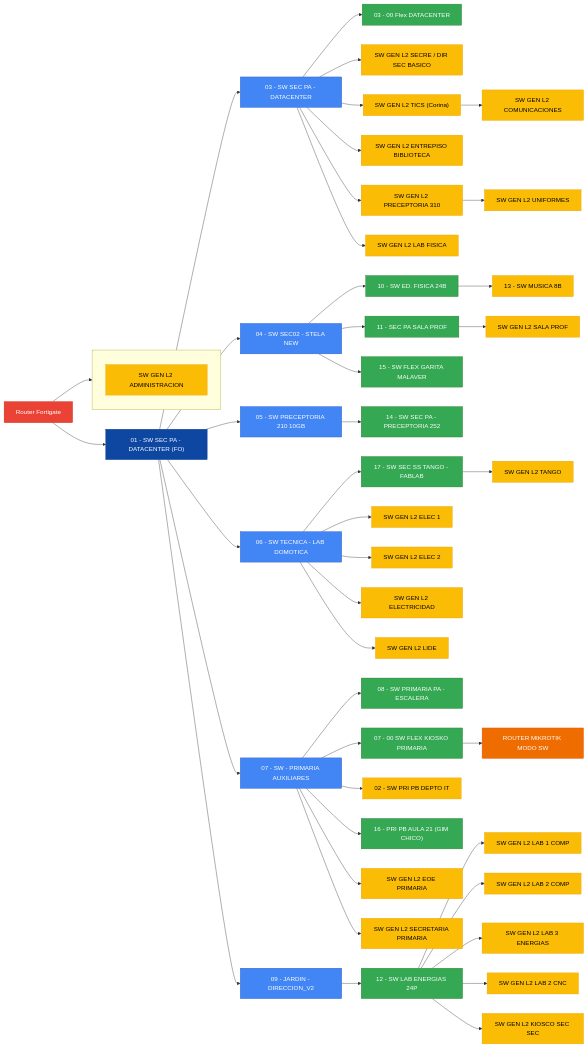
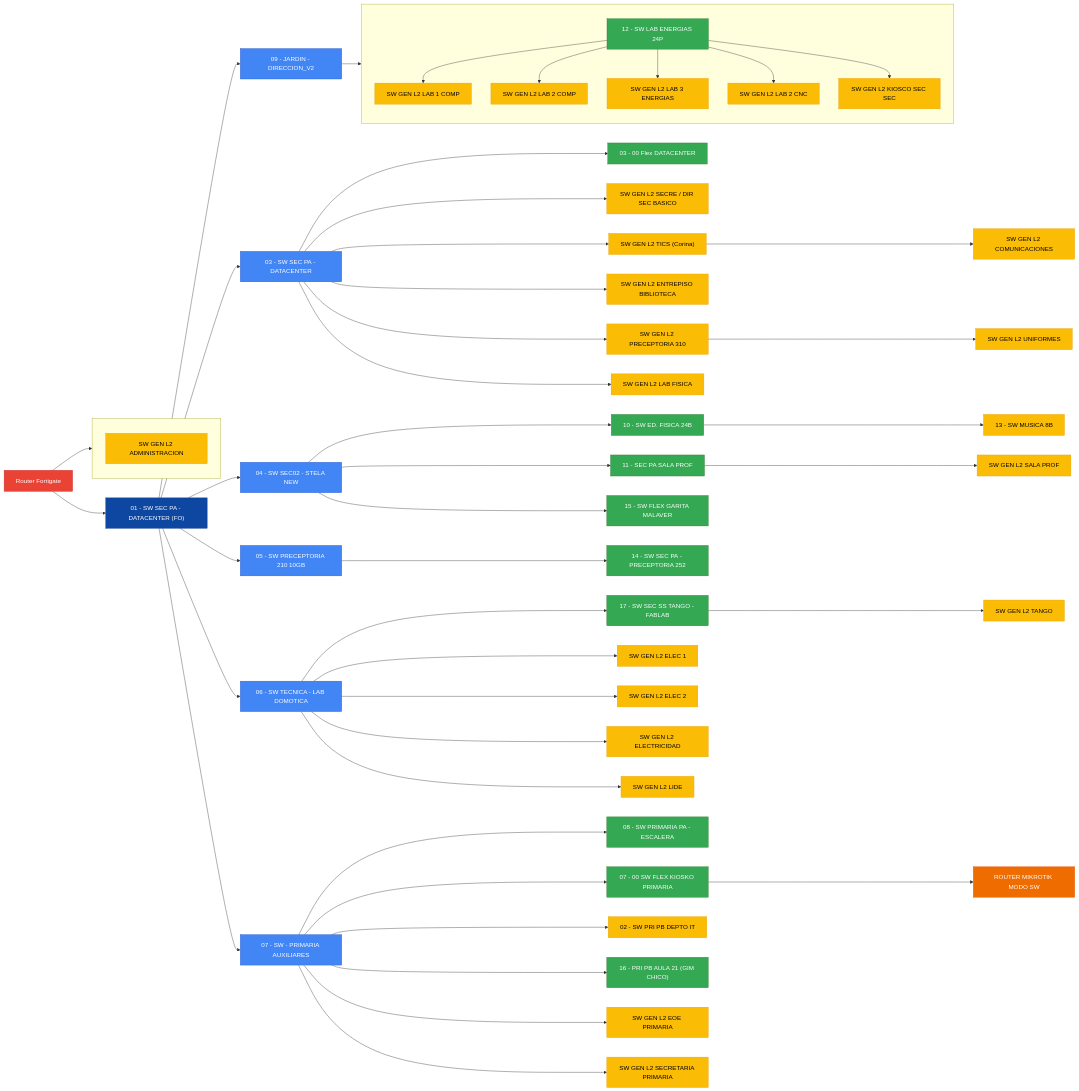
The diagram in README.md (carlostcba/Topologia-LSF), drawn with Mermaid before and after one commit.

````diff
--- a/README.md
+++ b/README.md
@@ -2,71 +2,76 @@
 ```mermaid
 flowchart LR
 
     classDef enrutamiento fill:#EA4335,stroke:#C62828,color:white;
     classDef core fill:#0D47A1,stroke:#0B3C91,color:white;
     classDef distribucion fill:#4285F4,stroke:#2A56C6,color:white;
     classDef redistribucion fill:#34A853,stroke:#2E7D32,color:white;
     classDef acceso fill:#FBBC05,stroke:#E8A203,color:black;
     classDef especial fill:#EF6C00,stroke:#E65100,color:white;
 
     RF[Router Fortigate] --> C01["01 - SW SEC PA - DATACENTER (FO)"]
 
     %% Agrupar nodo S02 en un subgraph vertical para separar visualmente
     subgraph admin_space [ ]
     direction TB
         S02["SW GEN L2 ADMINISTRACION"]
     end
     RF --> S02
 
     C01 --> S03["03 - SW SEC PA - DATACENTER"]
     S03 --> FLEX1["03 - 00 Flex DATACENTER"]
     S03 --> S031["SW GEN L2 SECRE / DIR SEC BASICO"]
     S03 --> S032["SW GEN L2 TICS (Corina)"]
     S032 --> S036["SW GEN L2 COMUNICACIONES"]
     S03 --> S033["SW GEN L2 ENTREPISO BIBLIOTECA"]
     S03 --> S034["SW GEN L2 PRECEPTORIA 310"]
     S034 --> S037["SW GEN L2 UNIFORMES"]
     S03 --> S035["SW GEN L2 LAB FISICA"]
 
     C01 --> S04["04 - SW SEC02 - STELA NEW"]
     S04 --> E10["10 - SW ED. FISICA 24B"]
     E10 --> M13["13 - SW MUSICA 8B"]
     S04 --> P11["11 - SEC PA SALA PROF"]
     P11 --> SPROF["SW GEN L2 SALA PROF"]
     S04 --> FLEX2["15 - SW FLEX GARITA MALAVER"]
 
     C01 --> S05["05 - SW PRECEPTORIA 210 10GB"]
     S05 --> P14["14 - SW SEC PA - PRECEPTORIA 252"]
 
     C01 --> S06["06 - SW TECNICA - LAB DOMOTICA"]
     S06 --> T17["17 - SW SEC SS TANGO - FABLAB"]
     T17 --> TANGO["SW GEN L2 TANGO"]
     S06 --> ELEC1["SW GEN L2 ELEC 1"]
     S06 --> ELEC2["SW GEN L2 ELEC 2"]
     S06 --> ELEC3["SW GEN L2 ELECTRICIDAD"]
     S06 --> LIDE["SW GEN L2 LIDE"]
 
     C01 --> S07["07 - SW - PRIMARIA AUXILIARES"]
     S07 --> P08["08 - SW PRIMARIA PA - ESCALERA"]
     S07 --> K07["07 - 00 SW FLEX KIOSKO PRIMARIA"]
     K07 --> RMIK["ROUTER MIKROTIK MODO SW"]
     S07 --> D02["02 - SW PRI PB DEPTO IT"]
     S07 --> G16["16 - PRI PB AULA 21 (GIM CHICO)"]
     S07 --> EOE["SW GEN L2 EOE PRIMARIA"]
     S07 --> SPRI["SW GEN L2 SECRETARIA PRIMARIA"]
 
     C01 --> S09["09 - JARDIN - DIRECCION_V2"]
     S09 --> L12["12 - SW LAB ENERGIAS 24P"]
-    L12 --> LC1["SW GEN L2 LAB 1 COMP"]
-    L12 --> LC2["SW GEN L2 LAB 2 COMP"]
-    L12 --> LE3["SW GEN L2 LAB 3 ENERGIAS"]
-    L12 --> CNC["SW GEN L2 LAB 2 CNC"]
-    L12 --> KSEC["SW GEN L2 KIOSCO SEC SEC"]
+
+    %% Agrupar nodos colgados de L12 en forma vertical
+    subgraph lab_ener [ ]
+    direction TB
+        L12 --> LC1["SW GEN L2 LAB 1 COMP"]
+        L12 --> LC2["SW GEN L2 LAB 2 COMP"]
+        L12 --> LE3["SW GEN L2 LAB 3 ENERGIAS"]
+        L12 --> CNC["SW GEN L2 LAB 2 CNC"]
+        L12 --> KSEC["SW GEN L2 KIOSCO SEC SEC"]
+    end
 
     class RF enrutamiento;
     class C01 core;
     class S03,S04,S05,S06,S07,S09 distribucion;
     class FLEX1,FLEX2,P11,E10,P14,T17,P08,K07,G16,L12 redistribucion;
     class S031,S032,S033,S034,S035,S036,S037,M13,SPROF,TANGO,ELEC1,ELEC2,ELEC3,LIDE,D02,EOE,SPRI,LC1,LC2,LE3,CNC,KSEC,S02 acceso;
     class RMIK especial;
 ```
````
